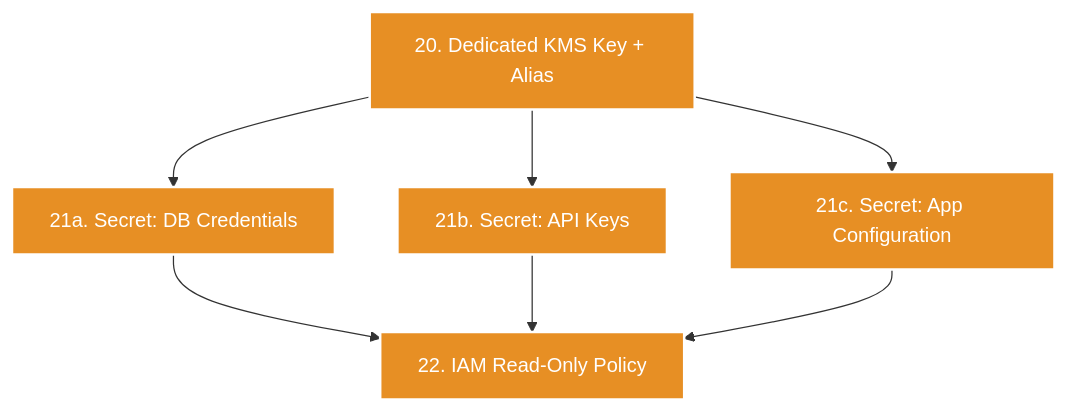
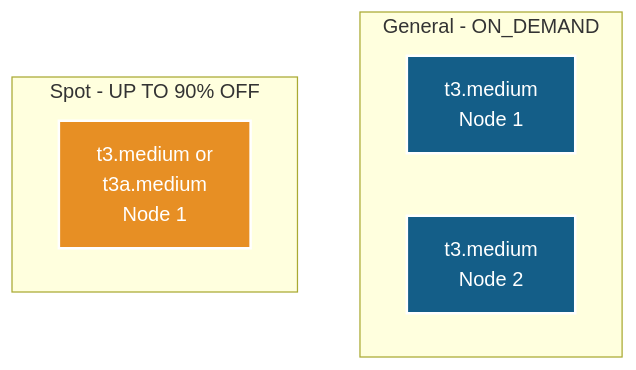
Before and after one commit to selvakumarperumal/EKS_k8s_custom_template_with_Terraform: diagram 17 of 23 in docs/architecture-build-steps.md, drawn with Mermaid. The commit also changed other lines of this file, not shown here.

Commit message:
docs: rewrite build steps with 22 minimal step-by-step Mermaid diagrams

````diff
--- a/docs/architecture-build-steps.md
+++ b/docs/architecture-build-steps.md
@@ -333,15 +340,17 @@
 ```mermaid
 graph TD
-    classDef smStyle fill:#E78F24,stroke:#fff,stroke-width:2px,color:#fff
+    classDef ondemandStyle fill:#145E88,stroke:#fff,stroke-width:2px,color:#fff
+    classDef spotStyle fill:#E78F24,stroke:#fff,stroke-width:2px,color:#fff
 
-    KMS["20. Dedicated KMS Key + Alias"]
-    KMS --> DB["21a. Secret: DB Credentials"]
-    KMS --> API["21b. Secret: API Keys"]
-    KMS --> APP["21c. Secret: App Configuration"]
+    subgraph ON_DEMAND ["General - ON_DEMAND"]
+        N1["t3.medium\nNode 1"]
+        N2["t3.medium\nNode 2"]
+    end
 
-    DB --> POLICY["22. IAM Read-Only Policy"]
-    API --> POLICY
-    APP --> POLICY
+    subgraph SPOT ["Spot - UP TO 90% OFF"]
+        S1["t3.medium or\nt3a.medium\nNode 1"]
+    end
 
-    class KMS,DB,API,APP,POLICY smStyle
+    class N1,N2 ondemandStyle
+    class S1 spotStyle
 ```
````
